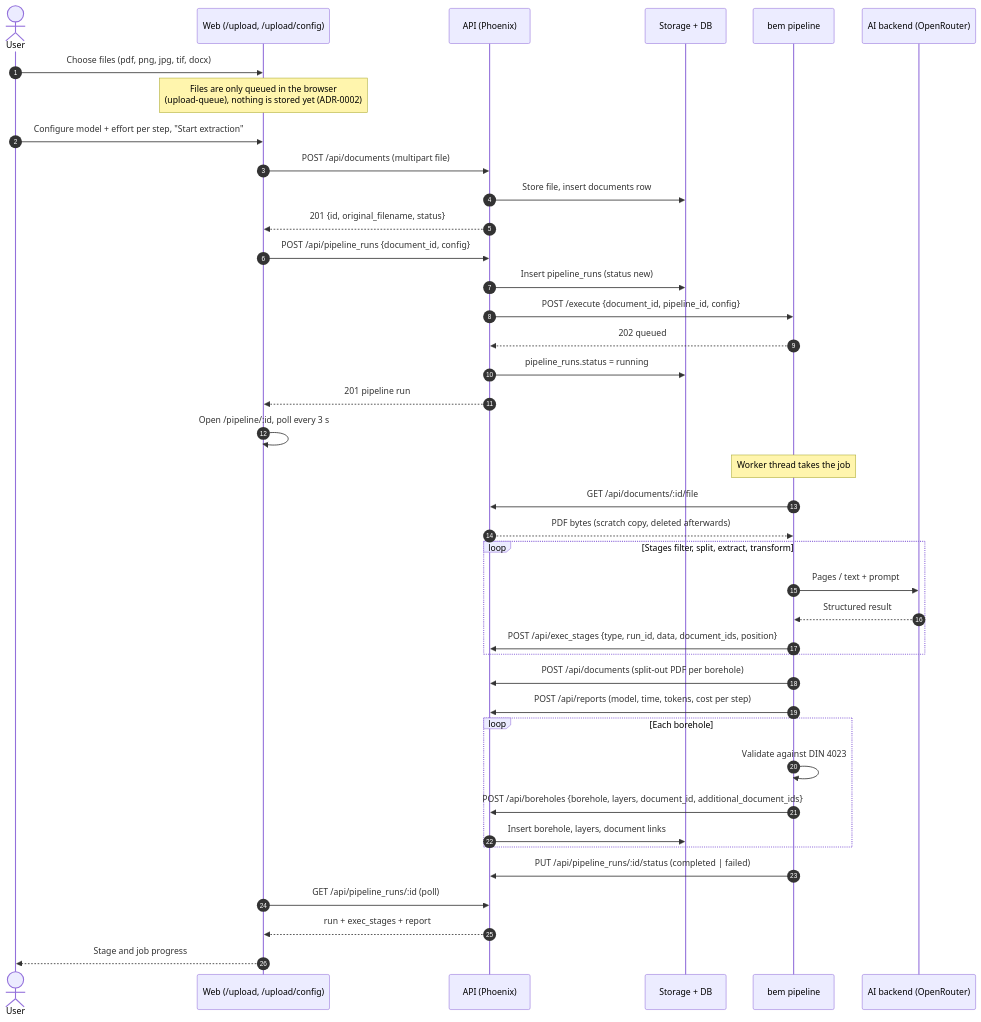
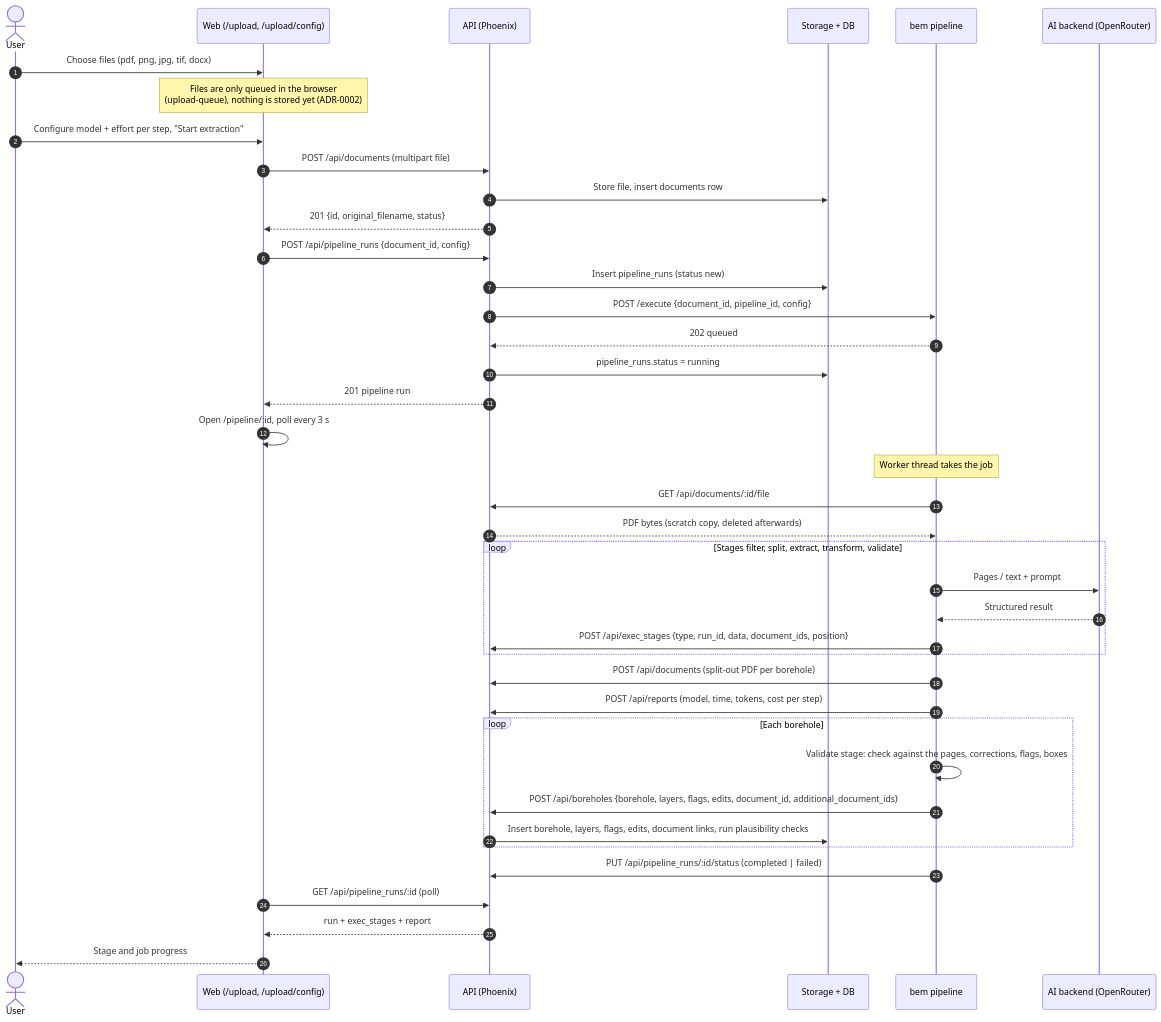
The second of 4 diagrams in docs/architecture.md (t-kelsey/smart-automation), drawn with Mermaid before and after one commit. The commit also changed other lines of this file and 93 other files, not shown here.

````diff
--- a/docs/architecture.md
+++ b/docs/architecture.md
@@ -48,45 +48,45 @@
 ```mermaid
 sequenceDiagram
     autonumber
     actor U as User
     participant W as Web (/upload, /upload/config)
     participant A as API (Phoenix)
     participant S as Storage + DB
     participant P as bem pipeline
     participant C as AI backend (OpenRouter)
 
     U->>W: Choose files (pdf, png, jpg, tif, docx)
     Note over W: Files are only queued in the browser<br/>(upload-queue), nothing is stored yet (ADR-0002)
     U->>W: Configure model + effort per step, "Start extraction"
     W->>A: POST /api/documents (multipart file)
     A->>S: Store file, insert documents row
     A-->>W: 201 {id, original_filename, status}
     W->>A: POST /api/pipeline_runs {document_id, config}
     A->>S: Insert pipeline_runs (status new)
     A->>P: POST /execute {document_id, pipeline_id, config}
     P-->>A: 202 queued
     A->>S: pipeline_runs.status = running
     A-->>W: 201 pipeline run
     W->>W: Open /pipeline/:id, poll every 3 s
 
     Note over P: Worker thread takes the job
     P->>A: GET /api/documents/:id/file
     A-->>P: PDF bytes (scratch copy, deleted afterwards)
-    loop Stages filter, split, extract, transform
+    loop Stages filter, split, extract, transform, validate
         P->>C: Pages / text + prompt
         C-->>P: Structured result
         P->>A: POST /api/exec_stages {type, run_id, data, document_ids, position}
     end
     P->>A: POST /api/documents (split-out PDF per borehole)
     P->>A: POST /api/reports (model, time, tokens, cost per step)
     loop Each borehole
-        P->>P: Validate against DIN 4023
-        P->>A: POST /api/boreholes {borehole, layers, document_id, additional_document_ids}
-        A->>S: Insert borehole, layers, document links
+        P->>P: Validate stage: check against the pages, corrections, flags, boxes
+        P->>A: POST /api/boreholes {borehole, layers, flags, edits, document_id, additional_document_ids}
+        A->>S: Insert borehole, layers, flags, edits, document links, run plausibility checks
     end
     P->>A: PUT /api/pipeline_runs/:id/status (completed | failed)
 
     W->>A: GET /api/pipeline_runs/:id (poll)
     A-->>W: run + exec_stages + report
     W-->>U: Stage and job progress
 ```
````
